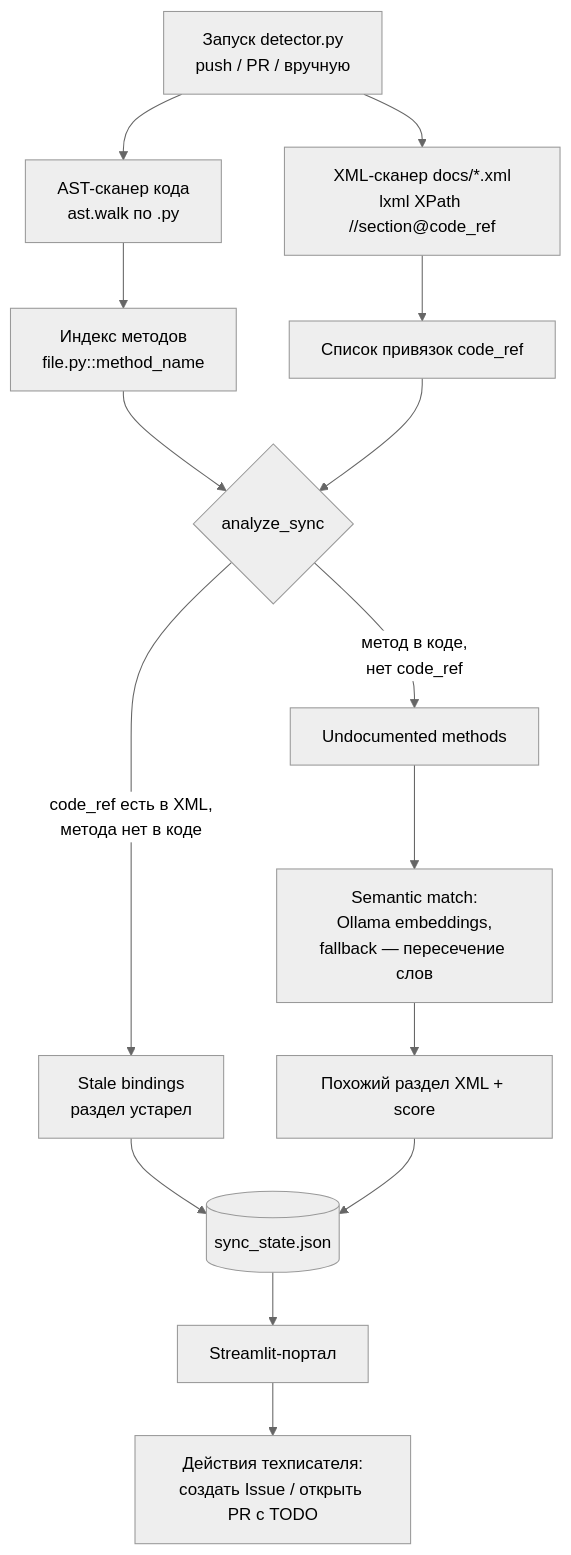
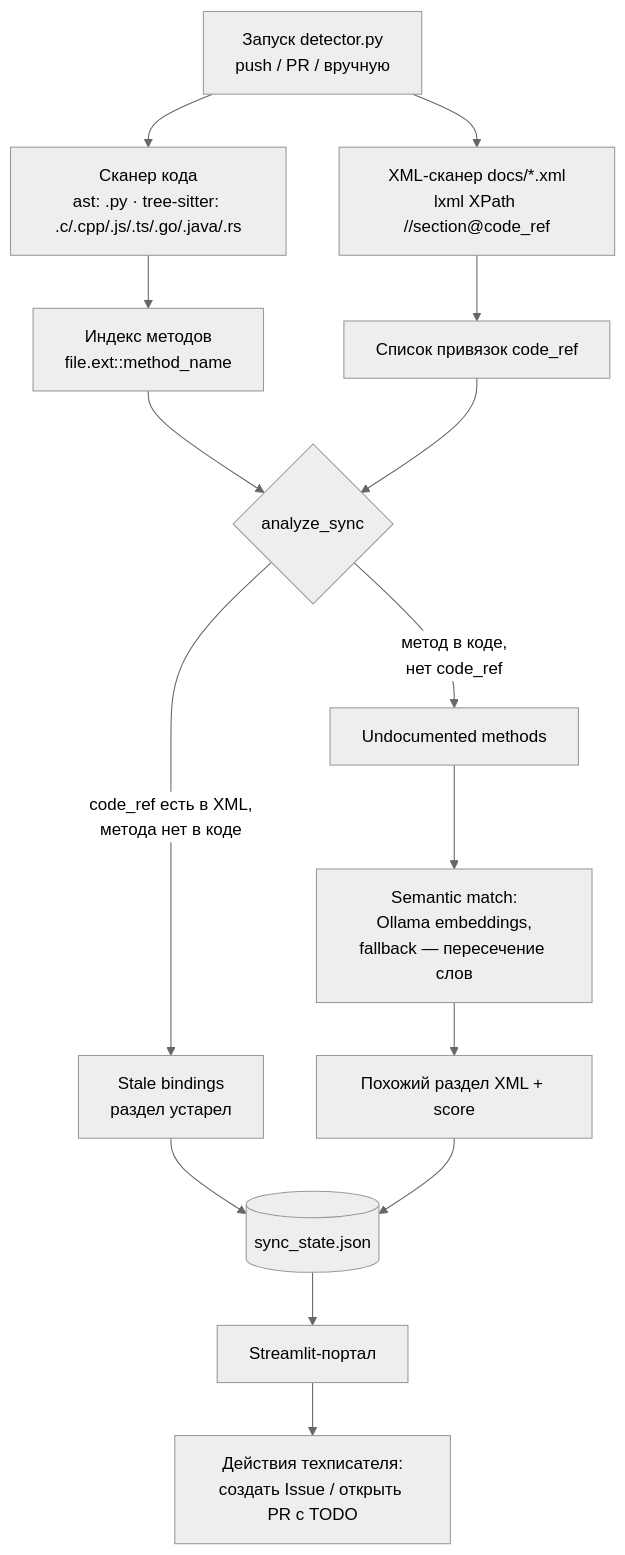
The diagram in README.md (Ssazurov/git-doc-sync-agent), drawn with Mermaid (neutral theme) before and after one commit. The commit also changed other lines of this file and 3 other files, not shown here.

First line of the commit message:
v2: AST-Detective node — обёртка над detector.py/extractors.py

````diff
--- a/README.md
+++ b/README.md
@@ -25,17 +26,17 @@
 ```mermaid
 flowchart TD
-    A[Запуск detector.py<br/>push / PR / вручную] --> B[AST-сканер кода<br/>ast.walk по .py]
-    B --> C[Индекс методов<br/>file.py::method_name]
+    A[Запуск detector.py<br/>push / PR / вручную] --> B[Сканер кода<br/>ast: .py · tree-sitter: .c/.cpp/.js/.ts/.go/.java/.rs]
+    B --> C[Индекс методов<br/>file.ext::method_name]
     A --> D[XML-сканер docs/*.xml<br/>lxml XPath //section@code_ref]
     D --> E[Список привязок code_ref]
     C --> F{analyze_sync}
     E --> F
     F -->|code_ref есть в XML,<br/>метода нет в коде| G[Stale bindings<br/>раздел устарел]
     F -->|метод в коде,<br/>нет code_ref| H[Undocumented methods]
     H --> I[Semantic match:<br/>Ollama embeddings,<br/>fallback — пересечение слов]
     I --> J[Похожий раздел XML + score]
     G --> K[(sync_state.json)]
     J --> K
     K --> L[Streamlit-портал]
     L --> M["Действия техписателя:<br/>создать Issue / открыть PR с TODO"]
 ```
````
